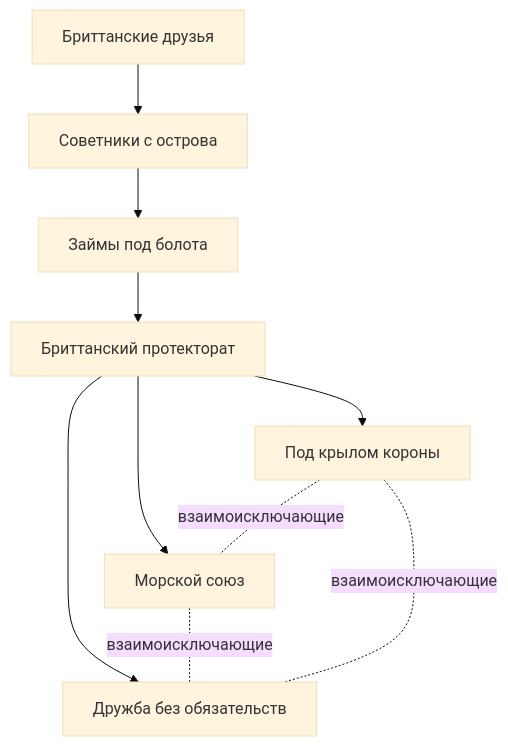
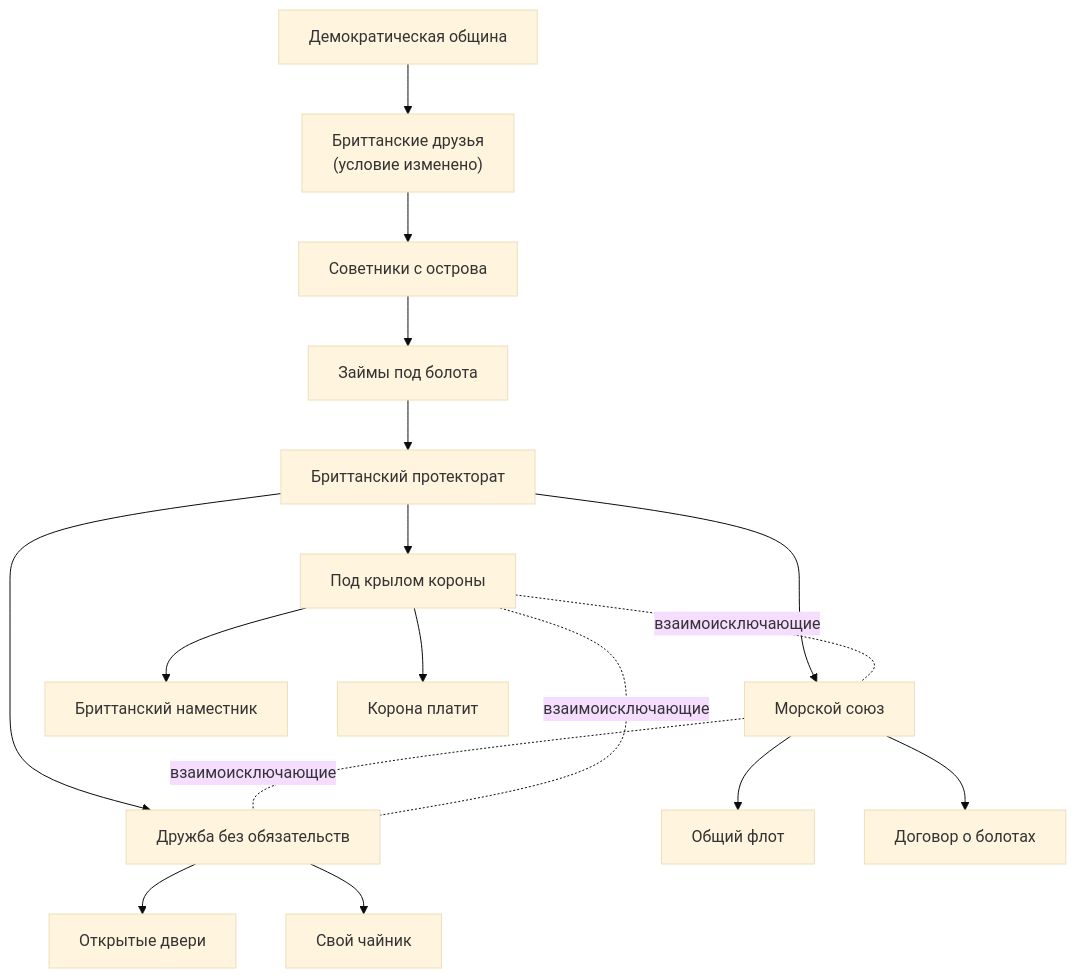
Before and after one commit to CatShredia/casuality-mod: diagram 11 of 12 in docs/focuses/Kazualia-Focus-Tree.md, drawn with Mermaid (base theme). The commit also changed other lines of this file and 8 other files, not shown here.

````diff
--- a/docs/focuses/Kazualia-Focus-Tree.md
+++ b/docs/focuses/Kazualia-Focus-Tree.md
@@ -236,10 +403,17 @@
 ```mermaid
 flowchart TD
-    B1["Бриттанские друзья"] --> B2["Советники с острова"] --> B3["Займы под болота"] --> B4["Бриттанский протекторат"]
+    R7["Демократическая община"] --> B1["Бриттанские друзья<br/>(условие изменено)"]
+    B1 --> B2["Советники с острова"] --> B3["Займы под болота"] --> B4["Бриттанский протекторат"]
     B4 --> B5["Под крылом короны"]
     B4 --> B6["Морской союз"]
     B4 --> B7["Дружба без обязательств"]
     B5 -. "взаимоисключающие" .- B6
     B6 -. "взаимоисключающие" .- B7
     B5 -. "взаимоисключающие" .- B7
+    B5 --> B8["Бриттанский наместник"]
+    B5 --> B9["Корона платит"]
+    B6 --> B10["Общий флот"]
+    B6 --> B11["Договор о болотах"]
+    B7 --> B12["Открытые двери"]
+    B7 --> B13["Свой чайник"]
 ```
````
